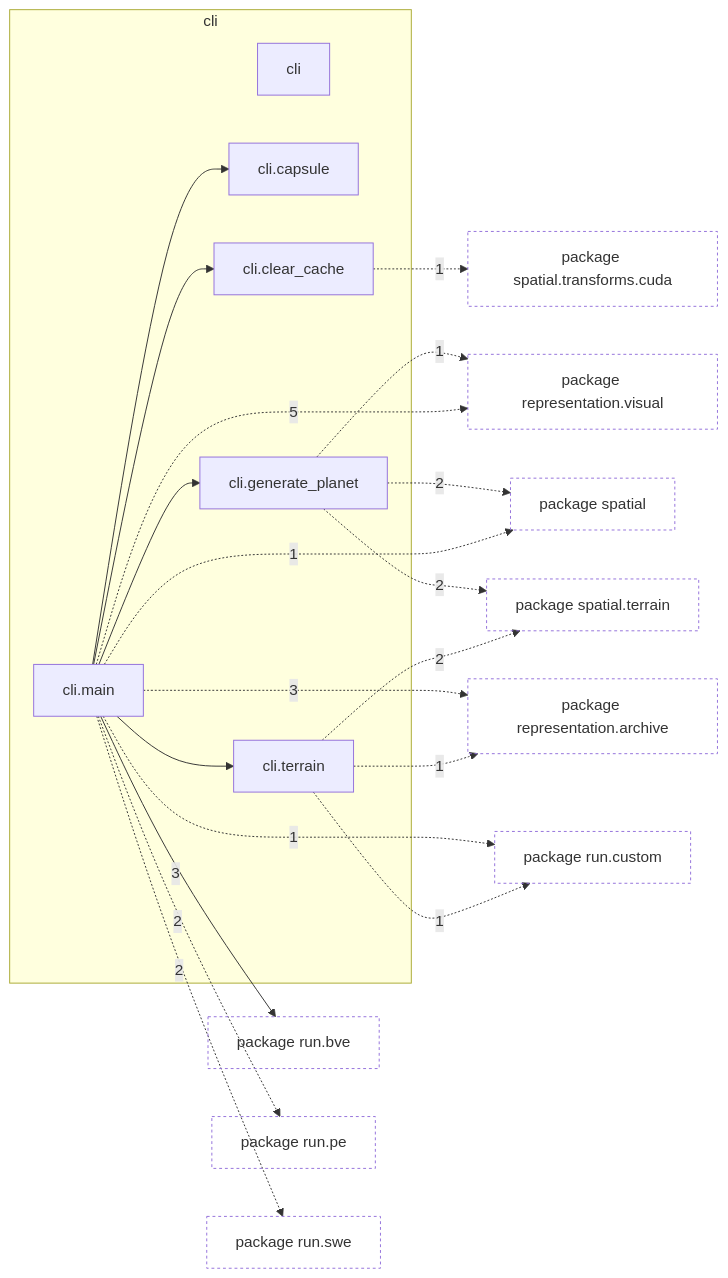
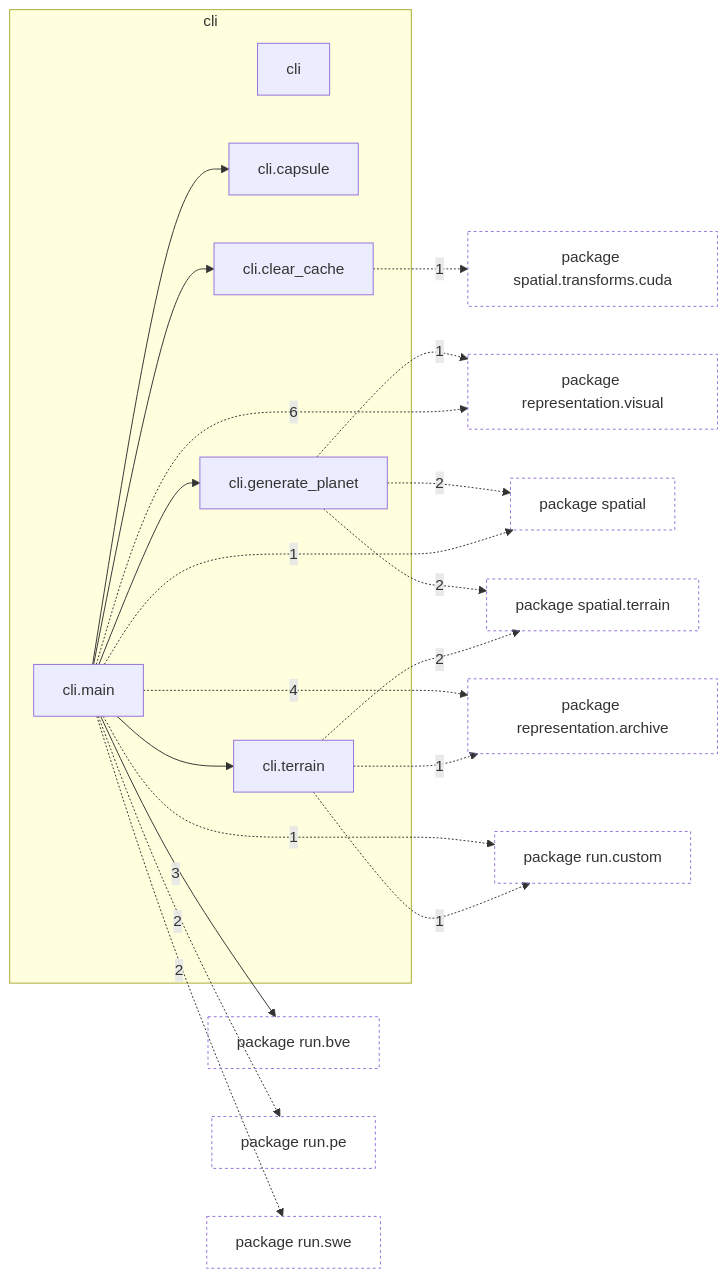
One commit to AlexandreEros/Palintropos changed the diagram in docs/architecture/current/packages/tropoi.cli.md. Above: the diagram before and after it, drawn with Mermaid. The commit also changed other lines of this file and 24 other files, not shown here.

Commit message:
Document Viewer 2 design and refresh architecture snapshot

````diff
--- a/docs/architecture/current/packages/tropoi.cli.md
+++ b/docs/architecture/current/packages/tropoi.cli.md
@@ -24,50 +24,50 @@
 ```mermaid
 %% Generated by tools.architecture 2.3.0. Do not edit by hand.
 %% Modules of tropoi.cli with imports in and out
 flowchart LR
     subgraph g_tropoi_ocli["cli"]
         n_tropoi_ocli["cli"]
         n_tropoi_ocli_ocapsule["cli.capsule"]
         n_tropoi_ocli_oclear__cache["cli.clear#95;cache"]
         n_tropoi_ocli_ogenerate__planet["cli.generate#95;planet"]
         n_tropoi_ocli_omain["cli.main"]
         n_tropoi_ocli_oterrain["cli.terrain"]
     end
     p_tropoi_orepresentation_oarchive["package representation.archive"]
     p_tropoi_orepresentation_ovisual["package representation.visual"]
     p_tropoi_orun_obve["package run.bve"]
     p_tropoi_orun_ocustom["package run.custom"]
     p_tropoi_orun_ope["package run.pe"]
     p_tropoi_orun_oswe["package run.swe"]
     p_tropoi_ospatial["package spatial"]
     p_tropoi_ospatial_oterrain["package spatial.terrain"]
     p_tropoi_ospatial_otransforms_ocuda["package spatial.transforms.cuda"]
     n_tropoi_ocli_omain --> n_tropoi_ocli_ocapsule
     n_tropoi_ocli_omain --> n_tropoi_ocli_oclear__cache
     n_tropoi_ocli_omain --> n_tropoi_ocli_ogenerate__planet
     n_tropoi_ocli_omain --> n_tropoi_ocli_oterrain
     n_tropoi_ocli_oclear__cache -.->|1| p_tropoi_ospatial_otransforms_ocuda
     n_tropoi_ocli_ogenerate__planet -.->|1| p_tropoi_orepresentation_ovisual
     n_tropoi_ocli_ogenerate__planet -.->|2| p_tropoi_ospatial
     n_tropoi_ocli_ogenerate__planet -.->|2| p_tropoi_ospatial_oterrain
-    n_tropoi_ocli_omain -.->|3| p_tropoi_orepresentation_oarchive
-    n_tropoi_ocli_omain -.->|5| p_tropoi_orepresentation_ovisual
+    n_tropoi_ocli_omain -.->|4| p_tropoi_orepresentation_oarchive
+    n_tropoi_ocli_omain -.->|6| p_tropoi_orepresentation_ovisual
     n_tropoi_ocli_omain -->|3| p_tropoi_orun_obve
     n_tropoi_ocli_omain -.->|1| p_tropoi_orun_ocustom
     n_tropoi_ocli_omain -.->|2| p_tropoi_orun_ope
     n_tropoi_ocli_omain -.->|2| p_tropoi_orun_oswe
     n_tropoi_ocli_omain -.->|1| p_tropoi_ospatial
     n_tropoi_ocli_oterrain -.->|1| p_tropoi_orepresentation_oarchive
     n_tropoi_ocli_oterrain -.->|1| p_tropoi_orun_ocustom
     n_tropoi_ocli_oterrain -.->|2| p_tropoi_ospatial_oterrain
     classDef other fill:none,stroke-dasharray:3 3
     class p_tropoi_orepresentation_oarchive other
     class p_tropoi_orepresentation_ovisual other
     class p_tropoi_orun_obve other
     class p_tropoi_orun_ocustom other
     class p_tropoi_orun_ope other
     class p_tropoi_orun_oswe other
     class p_tropoi_ospatial other
     class p_tropoi_ospatial_oterrain other
     class p_tropoi_ospatial_otransforms_ocuda other
 ```
````
